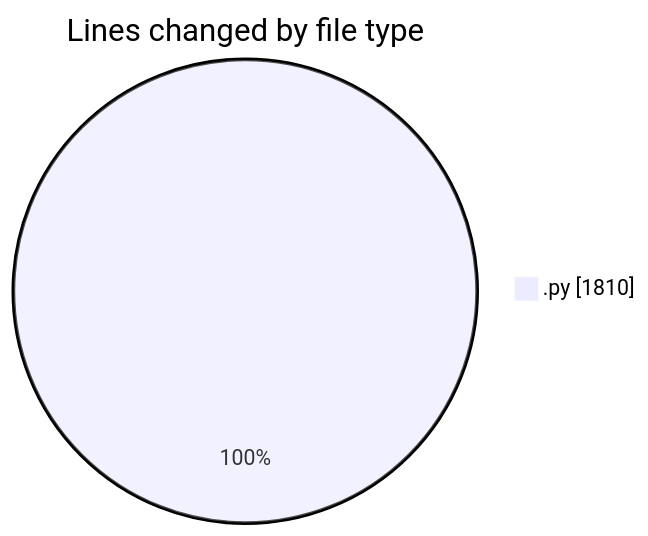
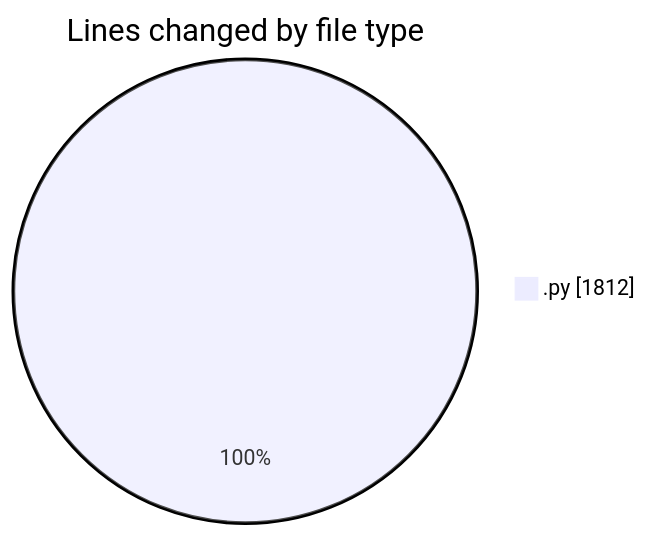
One commit to julien-gomy/code-tracking changed the first of 2 diagrams in 2025-11-27/eventscop-api-guide__workspace_/README.md. Above: the diagram before and after it, drawn with Mermaid. The commit also changed other lines of this file and 1 other file, not shown here.

````diff
--- a/2025-11-27/eventscop-api-guide__workspace_/README.md
+++ b/2025-11-27/eventscop-api-guide__workspace_/README.md
@@ -22,5 +22,5 @@
 ```mermaid
 pie showData
 title Lines changed by file type
-".py" : 1810
+".py" : 1812
 ```
````
